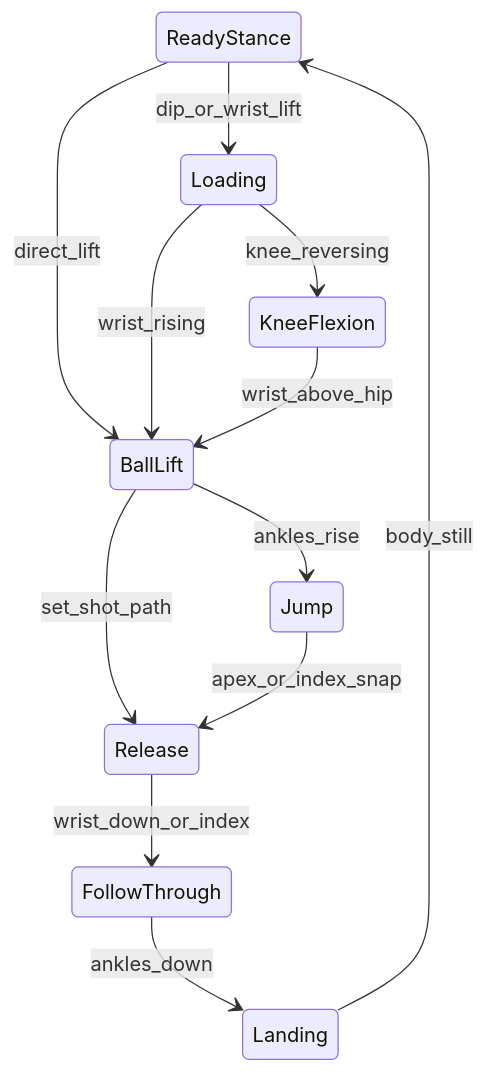
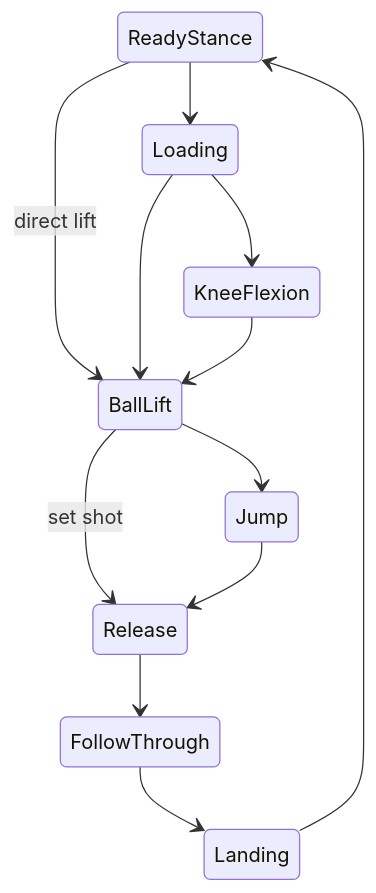
The diagram in docs/PHASE_DETECTION.md (kareem-sh/Swishy), drawn with Mermaid before and after one commit. The commit also changed other lines of this file and 46 other files, not shown here.

````diff
--- a/docs/PHASE_DETECTION.md
+++ b/docs/PHASE_DETECTION.md
@@ -35,14 +74,14 @@
 ```mermaid
 stateDiagram-v2
-    ReadyStance --> Loading: dip_or_wrist_lift
-    ReadyStance --> BallLift: direct_lift
-    Loading --> KneeFlexion: knee_reversing
-    Loading --> BallLift: wrist_rising
-    KneeFlexion --> BallLift: wrist_above_hip
-    BallLift --> Jump: ankles_rise
-    BallLift --> Release: set_shot_path
-    Jump --> Release: apex_or_index_snap
-    Release --> FollowThrough: wrist_down_or_index
-    FollowThrough --> Landing: ankles_down
-    Landing --> ReadyStance: body_still
+    ReadyStance --> Loading
+    ReadyStance --> BallLift: direct lift
+    Loading --> KneeFlexion
+    Loading --> BallLift
+    KneeFlexion --> BallLift
+    BallLift --> Jump
+    BallLift --> Release: set shot
+    Jump --> Release
+    Release --> FollowThrough
+    FollowThrough --> Landing
+    Landing --> ReadyStance
 ```
````
